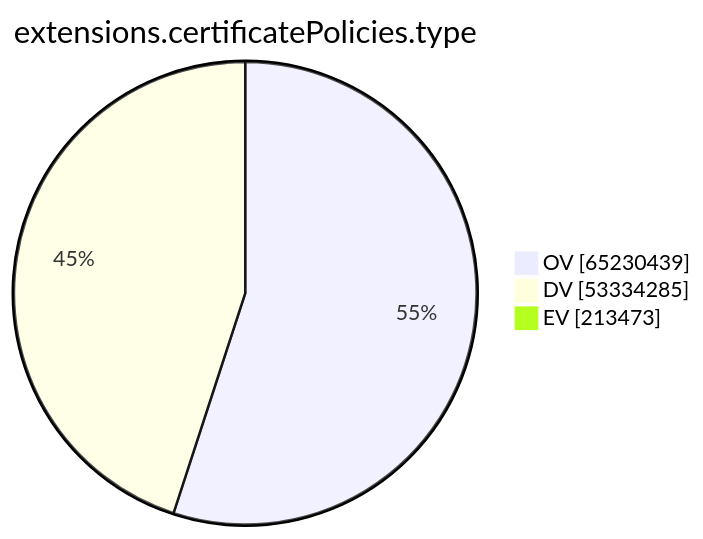
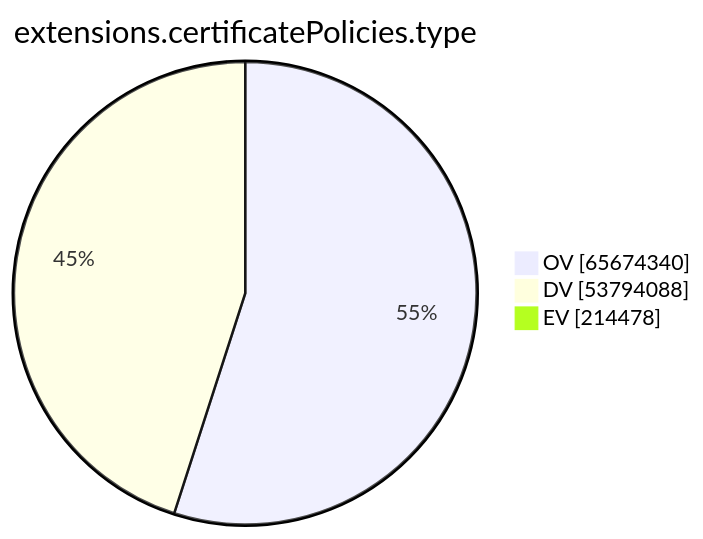
Before and after one commit to christiankrug/ctmonitor_visualization: the ninth of 15 diagrams in argon2023/README.md, drawn with Mermaid. The commit also changed other lines of this file, not shown here.

````diff
--- a/argon2023/README.md
+++ b/argon2023/README.md
@@ -2161,7 +2163,7 @@
 ```mermaid
 pie showData
 title extensions.certificatePolicies.type
-"OV" :65230439
-"DV" :53334285
-"EV" :213473
+"OV" :65674340
+"DV" :53794088
+"EV" :214478
 ```
````
